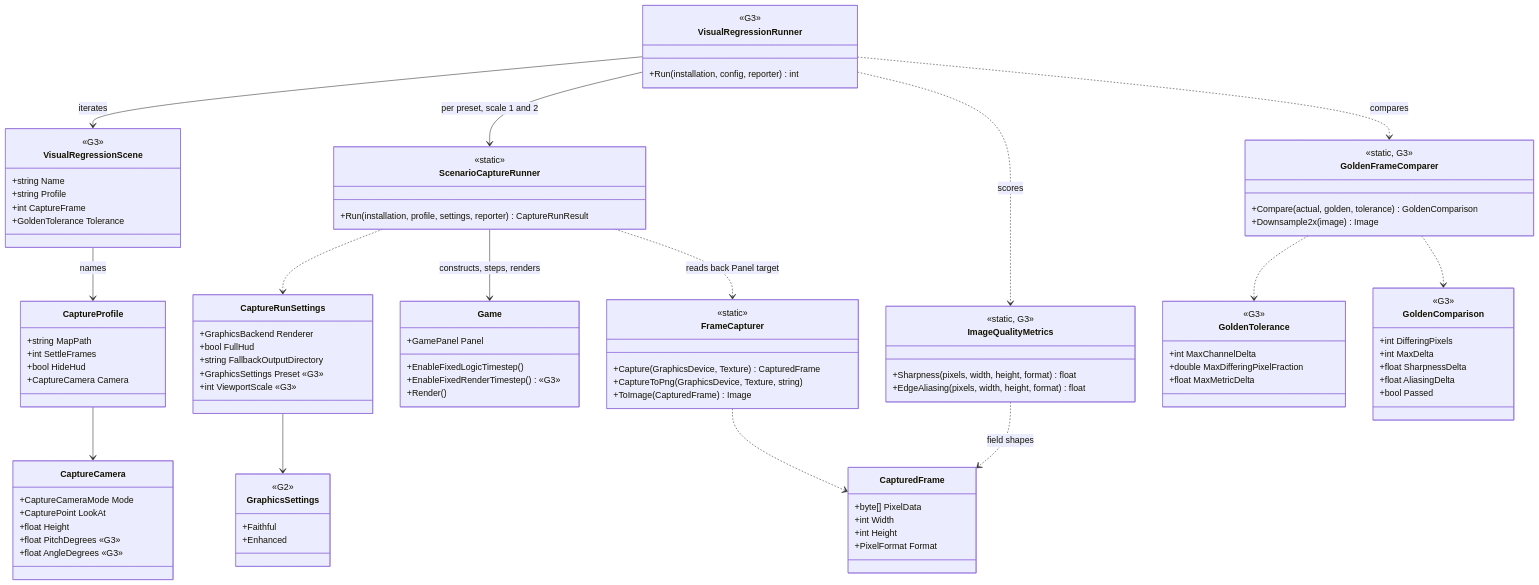
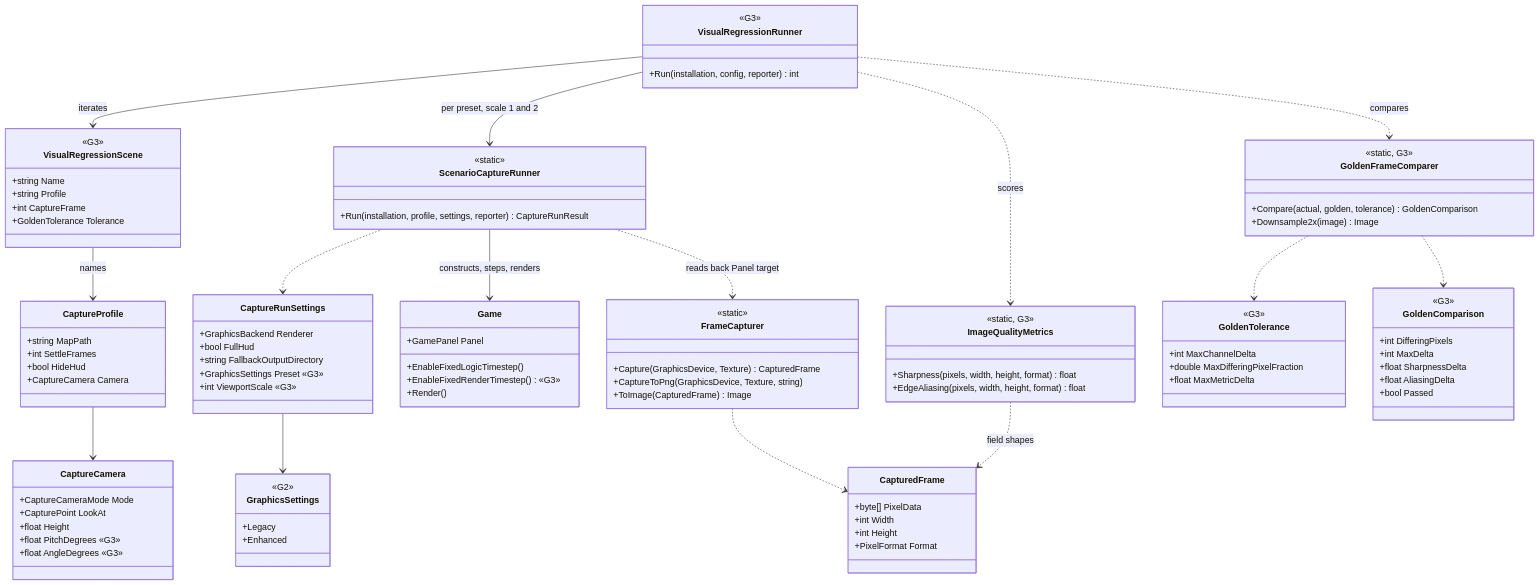
One commit to rmessinger/Panopticon changed the first of 2 diagrams in docs/roadmap/deep-dives/g3-visual-regression-harness.md. Above: the diagram before and after it, drawn with Mermaid. The commit also changed other lines of this file and 39 other files, not shown here.

Commit message:
feat(graphics): default to Enhanced preset and rename Faithful to Legacy

```diff
--- a/docs/roadmap/deep-dives/g3-visual-regression-harness.md
+++ b/docs/roadmap/deep-dives/g3-visual-regression-harness.md
@@ -287,7 +287,7 @@
 
   class GraphicsSettings {
     <<G2>>
-    +Faithful
+    +Legacy
     +Enhanced
   }
 
```
